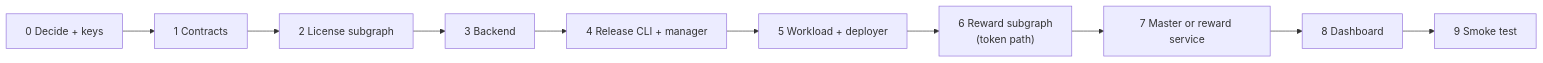
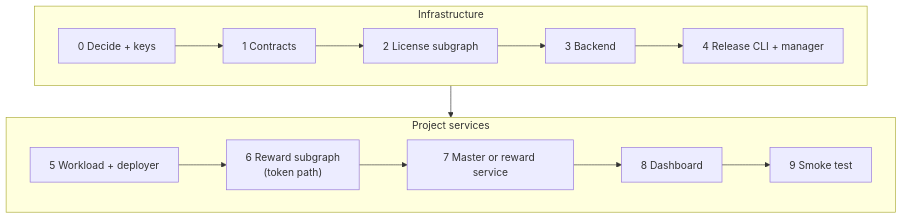
One commit to LFGInc/node-system-docs changed the diagram in docs/self-hosting.md. Above: the diagram before and after it, drawn with Mermaid. The commit also changed 1 other file, not shown here.

Commit message:
docs: make the architecture and setup-order diagrams readable
The self-hosting flowchart rendered as a single 32 px high row; split it
into two rows. Lay the architecture diagram out left to right so it is
less wide relative to its height.

````diff
--- a/docs/self-hosting.md
+++ b/docs/self-hosting.md
@@ -15,12 +15,12 @@
 ```mermaid
-flowchart LR
-    S0["0 Decide + keys"] --> S1["1 Contracts"]
-    S1 --> S2["2 License subgraph"]
-    S2 --> S3["3 Backend"]
-    S3 --> S4["4 Release CLI + manager"]
-    S4 --> S5["5 Workload + deployer"]
-    S5 --> S6["6 Reward subgraph<br/>(token path)"]
-    S6 --> S7["7 Master or reward service"]
-    S7 --> S8["8 Dashboard"]
-    S8 --> S9["9 Smoke test"]
+flowchart TB
+    subgraph A["Infrastructure"]
+        direction LR
+        S0["0 Decide + keys"] --> S1["1 Contracts"] --> S2["2 License subgraph"] --> S3["3 Backend"] --> S4["4 Release CLI + manager"]
+    end
+    subgraph B["Project services"]
+        direction LR
+        S5["5 Workload + deployer"] --> S6["6 Reward subgraph<br/>(token path)"] --> S7["7 Master or reward service"] --> S8["8 Dashboard"] --> S9["9 Smoke test"]
+    end
+    A --> B
 ```
````
